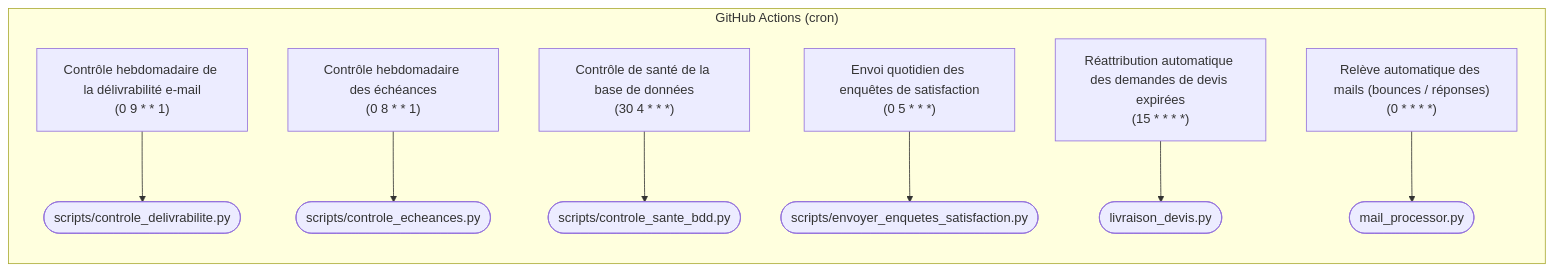
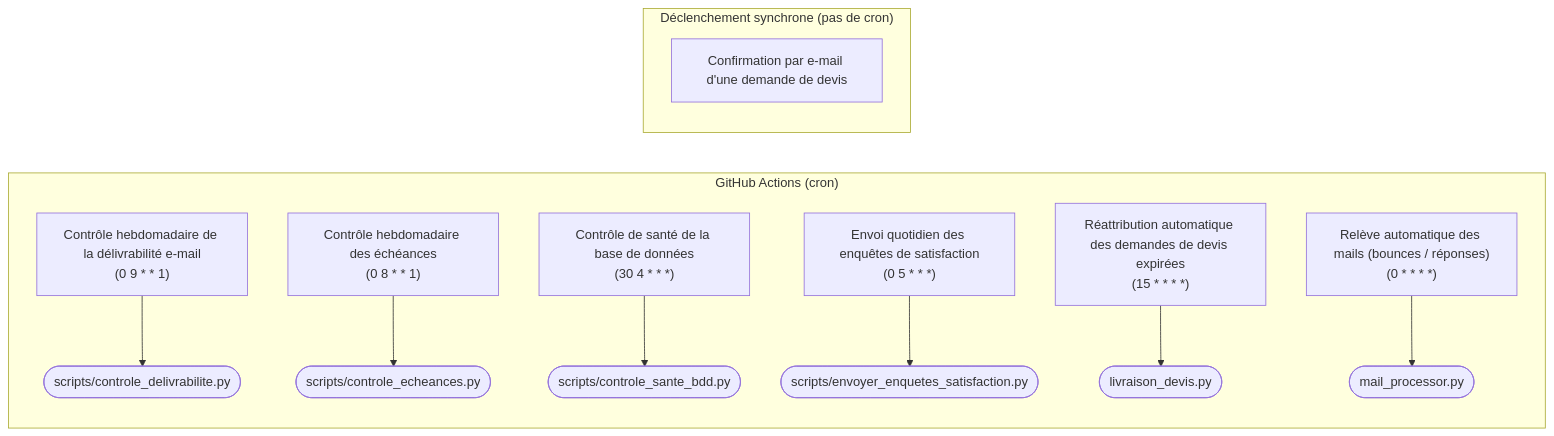
Before and after one commit to contactmonagenceiapro-sudo/leads-creator: the second of 3 diagrams in docs/architecture_globale.md, drawn with Mermaid. The commit also changed other lines of this file, not shown here.

Commit message:
docs: mise à jour automatique de l'architecture

````diff
--- a/docs/architecture_globale.md
+++ b/docs/architecture_globale.md
@@ -407,11 +407,14 @@
 ```mermaid
 flowchart LR
     subgraph CRON["GitHub Actions (cron)"]
         controle_delivrabilite_yml["Contrôle hebdomadaire de la délivrabilité e-mail<br/>(0 9 * * 1)"] --> controle_delivrabilite_yml_script(["scripts/controle_delivrabilite.py"])
         controle_echeances_yml["Contrôle hebdomadaire des échéances<br/>(0 8 * * 1)"] --> controle_echeances_yml_script(["scripts/controle_echeances.py"])
         controle_sante_bdd_yml["Contrôle de santé de la base de données<br/>(30 4 * * *)"] --> controle_sante_bdd_yml_script(["scripts/controle_sante_bdd.py"])
         envoyer_enquetes_satisfaction_yml["Envoi quotidien des enquêtes de satisfaction<br/>(0 5 * * *)"] --> envoyer_enquetes_satisfaction_yml_script(["scripts/envoyer_enquetes_satisfaction.py"])
         livraison_devis_yml["Réattribution automatique des demandes de devis expirées<br/>(15 * * * *)"] --> livraison_devis_yml_script(["livraison_devis.py"])
         mail_check_yml["Relève automatique des mails (bounces / réponses)<br/>(0 * * * *)"] --> mail_check_yml_script(["mail_processor.py"])
     end
+    subgraph SYNC["Déclenchement synchrone (pas de cron)"]
+        sync_0["Confirmation par e-mail d'une demande de devis"]
+    end
 ```
````
